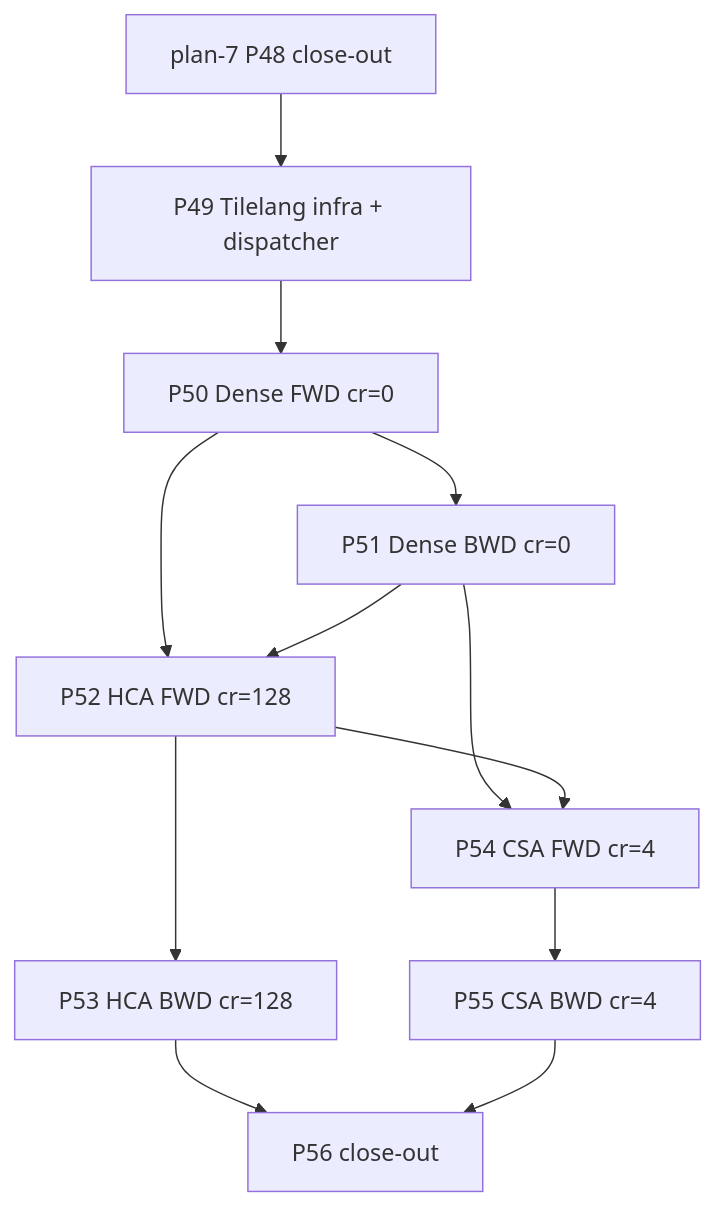
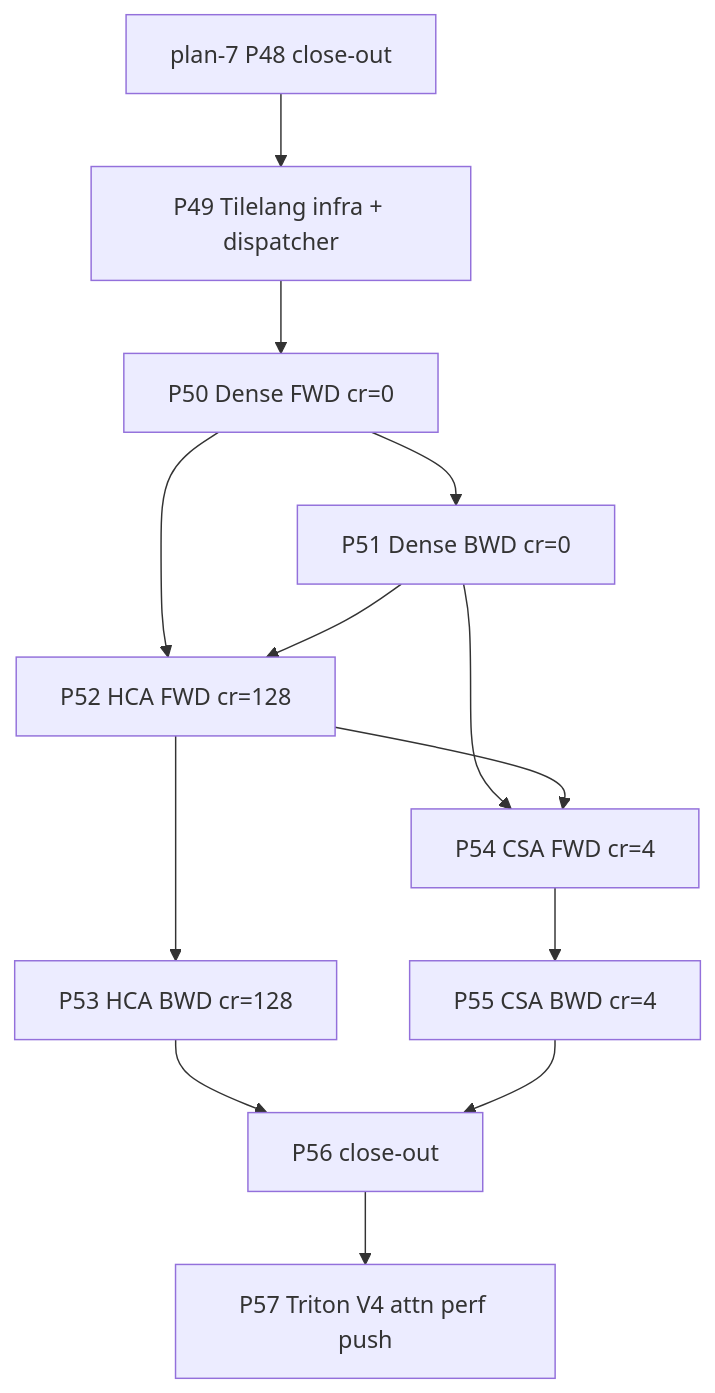
One commit to AMD-AGI/Primus changed the diagram in deepseek-v4/develop/plan-8/01-roadmap.md. Above: the diagram before and after it, drawn with Mermaid. The commit also changed other lines of this file and 4 other files, not shown here.

````diff
--- a/deepseek-v4/develop/plan-8/01-roadmap.md
+++ b/deepseek-v4/develop/plan-8/01-roadmap.md
@@ -50,24 +51,25 @@
 ```mermaid
 flowchart TD
 P48[plan-7 P48 close-out]
 P49[P49 Tilelang infra + dispatcher]
 P50[P50 Dense FWD cr=0]
 P51[P51 Dense BWD cr=0]
 P52[P52 HCA FWD cr=128]
 P53[P53 HCA BWD cr=128]
 P54[P54 CSA FWD cr=4]
 P55[P55 CSA BWD cr=4]
 P56[P56 close-out]
 
 P48 --> P49
 P49 --> P50
 P50 --> P51
 P50 --> P52
 P51 --> P52
 P52 --> P53
 P51 --> P54
 P52 --> P54
 P54 --> P55
 P53 --> P56
 P55 --> P56
+P56 --> P57[P57 Triton V4 attn perf push]
 ```
````
